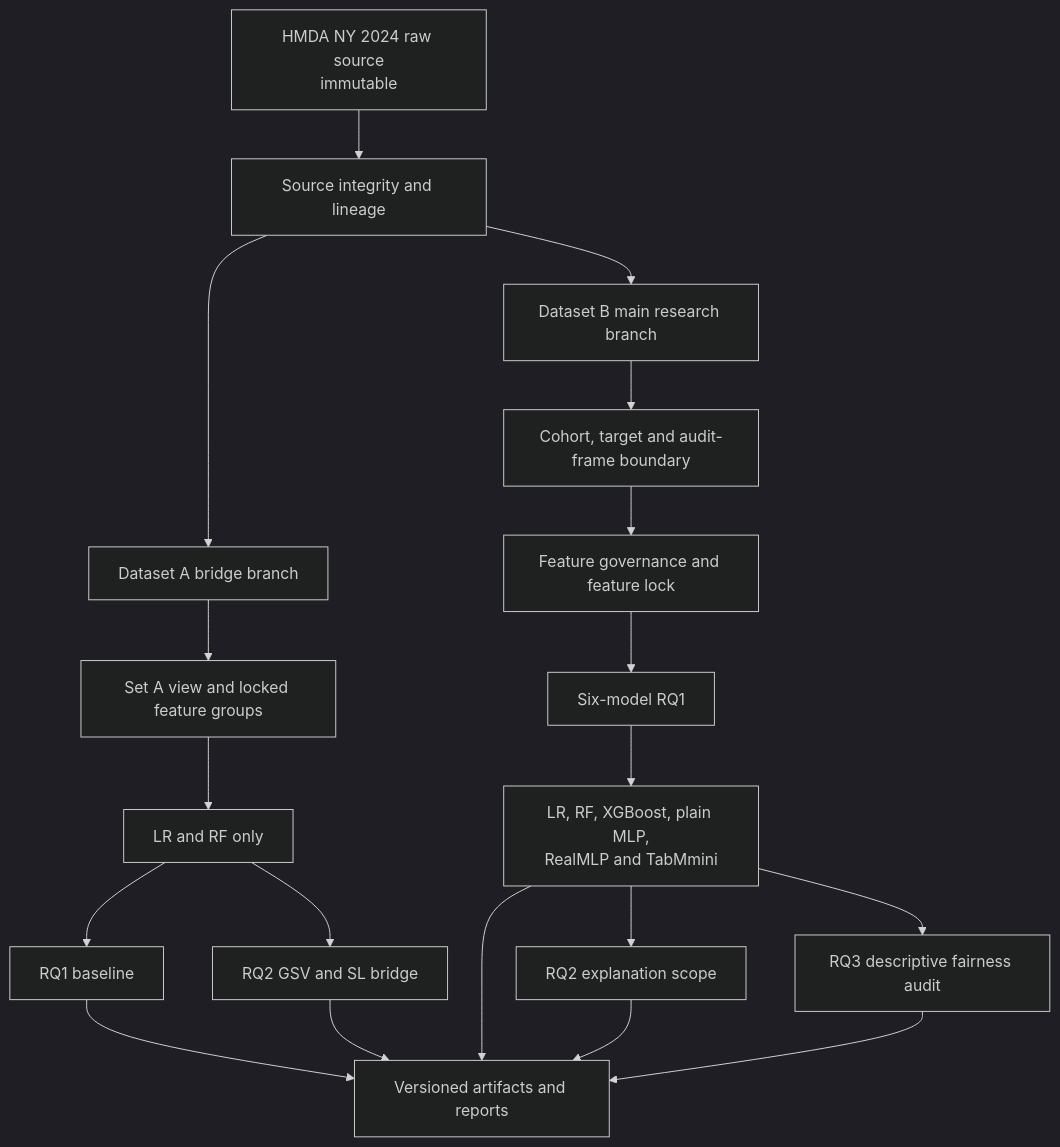
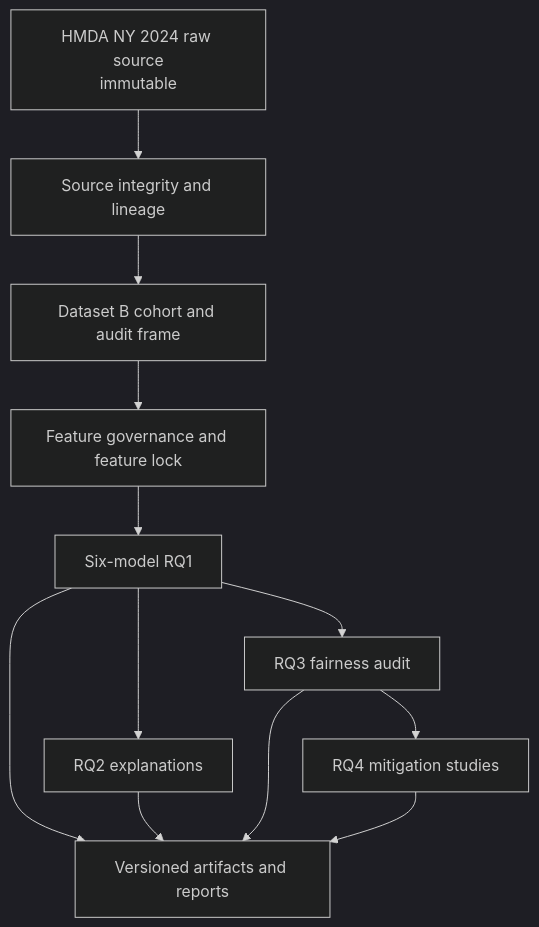
The diagram in README.md (DAP391m-Group12/DAP391m), drawn with Mermaid (dark theme) before and after one commit. The commit also changed other lines of this file and 280 other files, not shown here.

````diff
--- a/README.md
+++ b/README.md
@@ -17,21 +24,14 @@
 ```mermaid
 flowchart TB
     R[HMDA NY 2024 raw source<br/>immutable] --> L[Source integrity and lineage]
-    L --> A[Dataset A bridge branch]
-    L --> B[Dataset B main research branch]
-    A --> AV[Set A view and locked feature groups]
-    AV --> AM[LR and RF only]
-    AM --> AR1[RQ1 baseline]
-    AM --> AR2[RQ2 GSV and SL bridge]
-    B --> BV[Cohort, target and audit-frame boundary]
-    BV --> BF[Feature governance and feature lock]
-    BF --> BM[Six-model RQ1]
-    BM --> BR1[LR, RF, XGBoost, plain MLP,<br/>RealMLP and TabMmini]
-    BR1 --> BR2[RQ2 explanation scope]
-    BR1 --> BR3[RQ3 descriptive fairness audit]
-    AR1 --> O[Versioned artifacts and reports]
-    AR2 --> O
-    BR1 --> O
-    BR2 --> O
-    BR3 --> O
+    L --> B[Dataset B cohort and audit frame]
+    B --> F[Feature governance and feature lock]
+    F --> M[Six-model RQ1]
+    M --> RQ2[RQ2 explanations]
+    M --> RQ3[RQ3 fairness audit]
+    RQ3 --> RQ4[RQ4 mitigation studies]
+    M --> O[Versioned artifacts and reports]
+    RQ2 --> O
+    RQ3 --> O
+    RQ4 --> O
 ```
````
